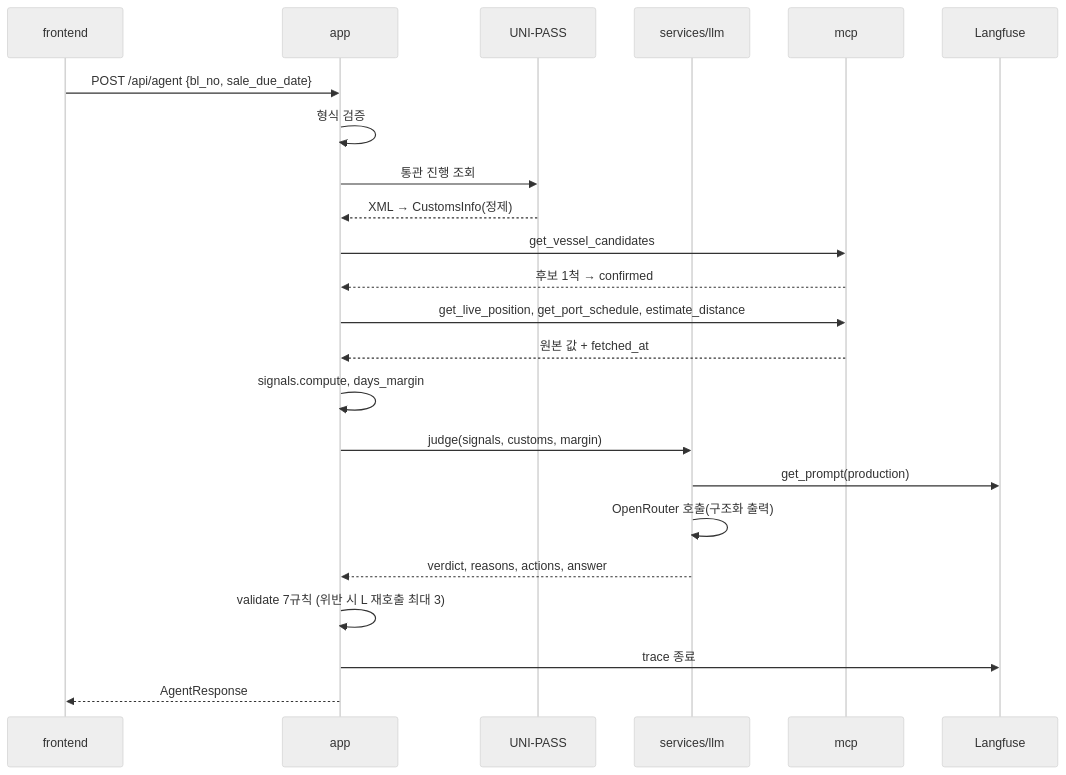
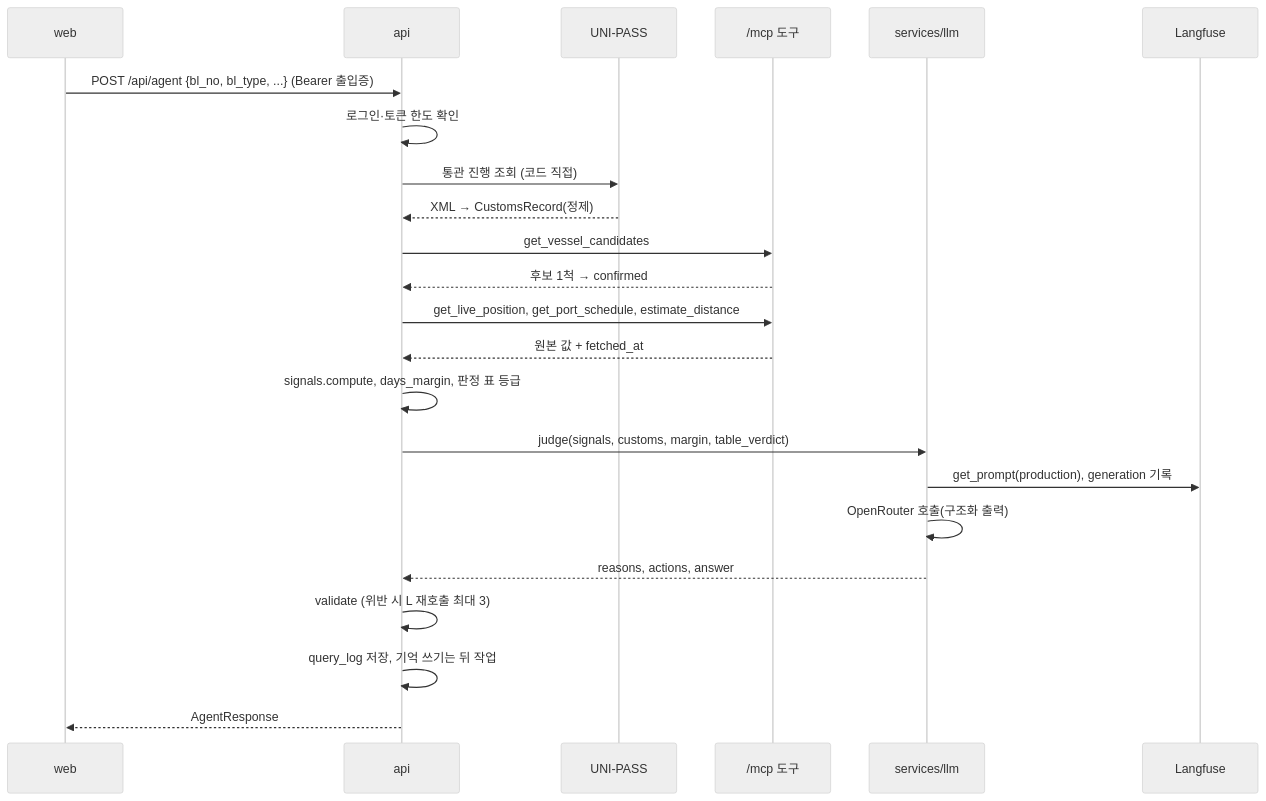
The third of 3 diagrams in docs/Marvia_SDD.md (HJU5022/Marvia), drawn with Mermaid (neutral theme) before and after one commit. The commit also changed other lines of this file and 27 other files, not shown here.

First line of the commit message:
docs: 문서를 지금 코드에 맞춤 (SDD·README·CLAUDE·PRD·작업 리스트·ERD·specs·web 문서, 10-06)

````diff
--- a/docs/Marvia_SDD.md
+++ b/docs/Marvia_SDD.md
@@ -417,25 +524,25 @@
 ```mermaid
 sequenceDiagram
-  participant W as frontend
-  participant A as app
+  participant W as web
+  participant A as api
   participant UP as UNI-PASS
+  participant M as /mcp 도구
   participant L as services/llm
-  participant M as mcp
   participant LF as Langfuse
-  W->>A: POST /api/agent {bl_no, sale_due_date}
-  A->>A: 형식 검증
-  A->>UP: 통관 진행 조회
-  UP-->>A: XML → CustomsInfo(정제)
+  W->>A: POST /api/agent {bl_no, bl_type, ...} (Bearer 출입증)
+  A->>A: 로그인·토큰 한도 확인
+  A->>UP: 통관 진행 조회 (코드 직접)
+  UP-->>A: XML → CustomsRecord(정제)
   A->>M: get_vessel_candidates
   M-->>A: 후보 1척 → confirmed
   A->>M: get_live_position, get_port_schedule, estimate_distance
   M-->>A: 원본 값 + fetched_at
-  A->>A: signals.compute, days_margin
-  A->>L: judge(signals, customs, margin)
-  L->>LF: get_prompt(production)
+  A->>A: signals.compute, days_margin, 판정 표 등급
+  A->>L: judge(signals, customs, margin, table_verdict)
+  L->>LF: get_prompt(production), generation 기록
   L->>L: OpenRouter 호출(구조화 출력)
-  L-->>A: verdict, reasons, actions, answer
-  A->>A: validate 7규칙 (위반 시 L 재호출 최대 3)
-  A->>LF: trace 종료
+  L-->>A: reasons, actions, answer
+  A->>A: validate (위반 시 L 재호출 최대 3)
+  A->>A: query_log 저장, 기억 쓰기는 뒤 작업
   A-->>W: AgentResponse
 ```
````
